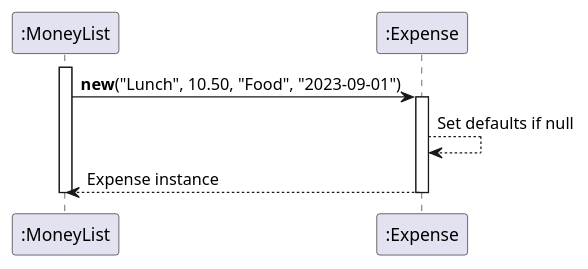
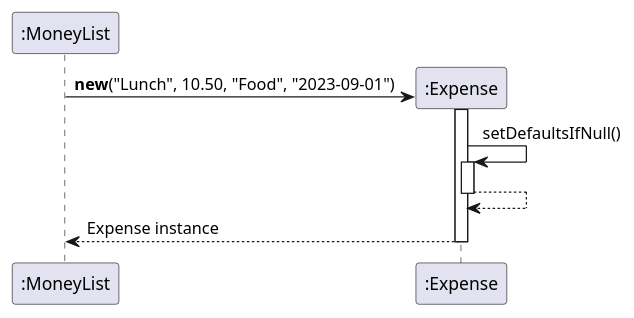
One commit to EdwinTun98/tp changed the diagram in docs/diagrams/Expense_Seq.puml. Above: the diagram before and after it, drawn with PlantUML. The commit also changed 3 other files, not shown here.

Commit message:
Used constructor arrows in Income and Expense diagram

```diff
--- a/docs/diagrams/Expense_Seq.puml
+++ b/docs/diagrams/Expense_Seq.puml
@@ -1,12 +1,15 @@
 @startuml Expense_Creation
 participant MoneyList as ":MoneyList"
-participant Expense as ":Expense"
+create Expense as ":Expense"
 
-activate MoneyList
 MoneyList -> Expense : **new**("Lunch", 10.50, "Food", "2023-09-01")
 activate Expense
-Expense --> Expense : Set defaults if null
+
+Expense -> Expense : setDefaultsIfNull()
+activate Expense
+Expense --> Expense:
+deactivate Expense
+
 Expense --> MoneyList : Expense instance
 deactivate Expense
-deactivate MoneyList
 @enduml
```
